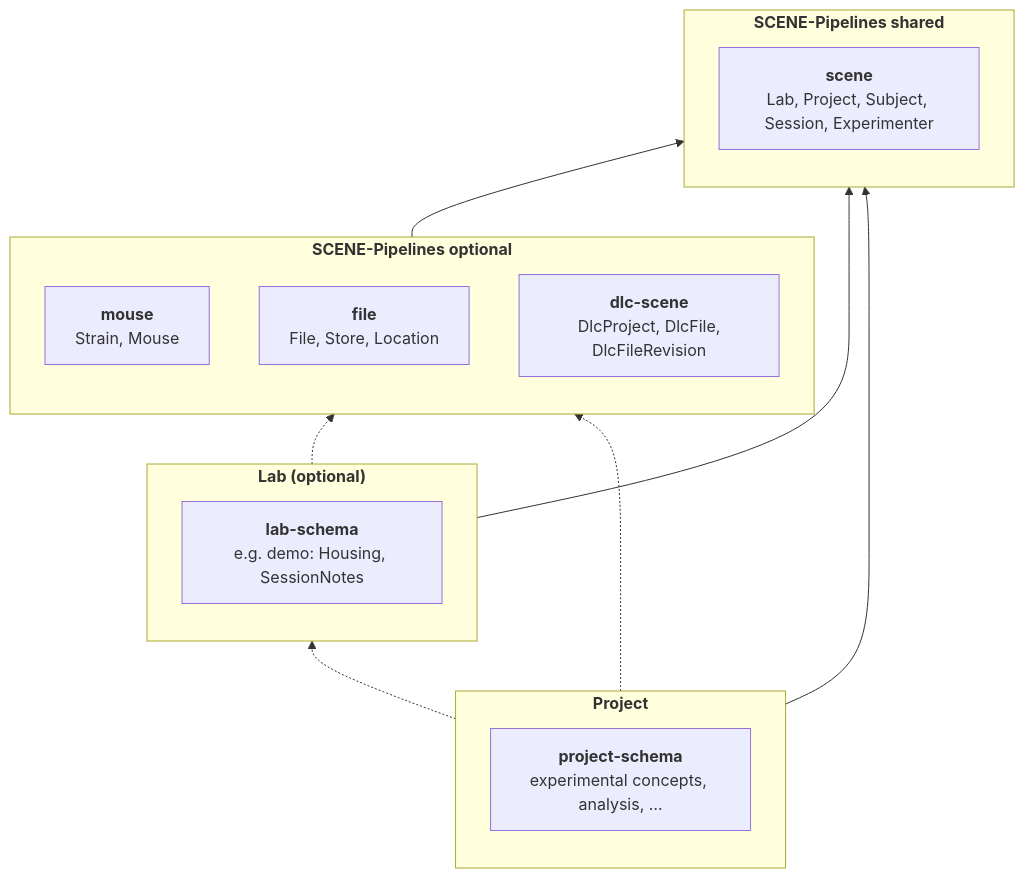
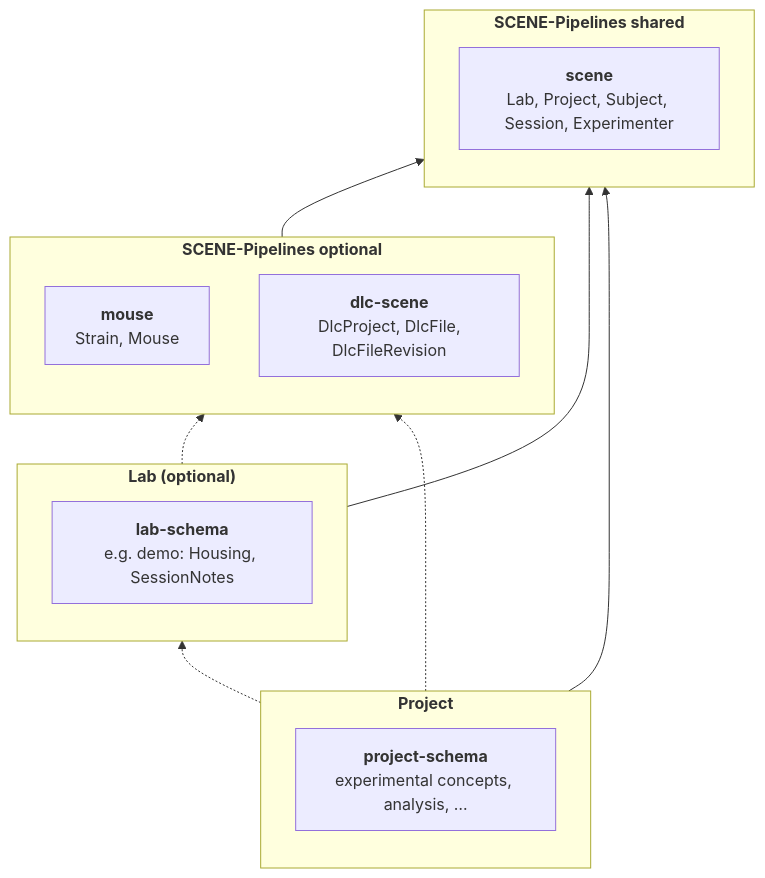
One commit to SCENE-Collaboration/SCENE-pipelines changed the diagram in docs/introduction.md. Above: the diagram before and after it, drawn with Mermaid. The commit also changed other lines of this file and 1 other file, not shown here.

````diff
--- a/docs/introduction.md
+++ b/docs/introduction.md
@@ -18,24 +18,23 @@
 ```mermaid
 flowchart BT
 
     subgraph lab["<b>Lab (optional)</b>"]
       labschema["<b>lab-schema</b><br/>e.g. demo: Housing, SessionNotes"]
     end
     subgraph project["<b>Project</b>"]
       projectschema["<b>project-schema</b><br/>experimental concepts, analysis, …"]
     end
     subgraph core["<b>SCENE-Pipelines shared</b>"]
       scene["<b>scene</b><br/>Lab, Project, Subject, Session, Experimenter"]
     end
     subgraph shared["<b>SCENE-Pipelines optional</b>"]
       mouse["<b>mouse</b><br/>Strain, Mouse"]
-      file["<b>file</b><br/> File, Store, Location"]
       deeplabcut["<b>dlc-scene</b><br/> DlcProject, DlcFile, DlcFileRevision"]
     end
     shared --> core
     lab -.-> shared
     lab --> core
     project -.-> lab
     project -.-> shared
     project --> core
 ```
````
